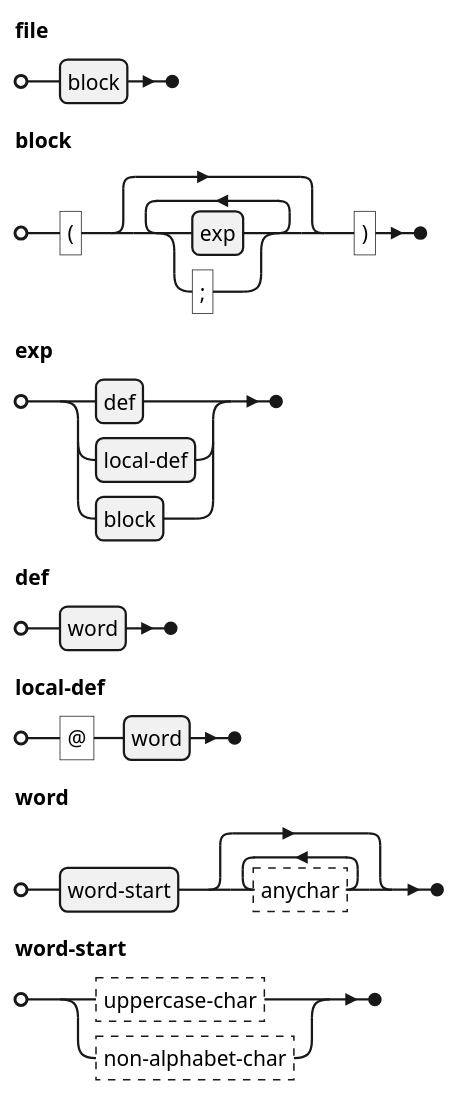
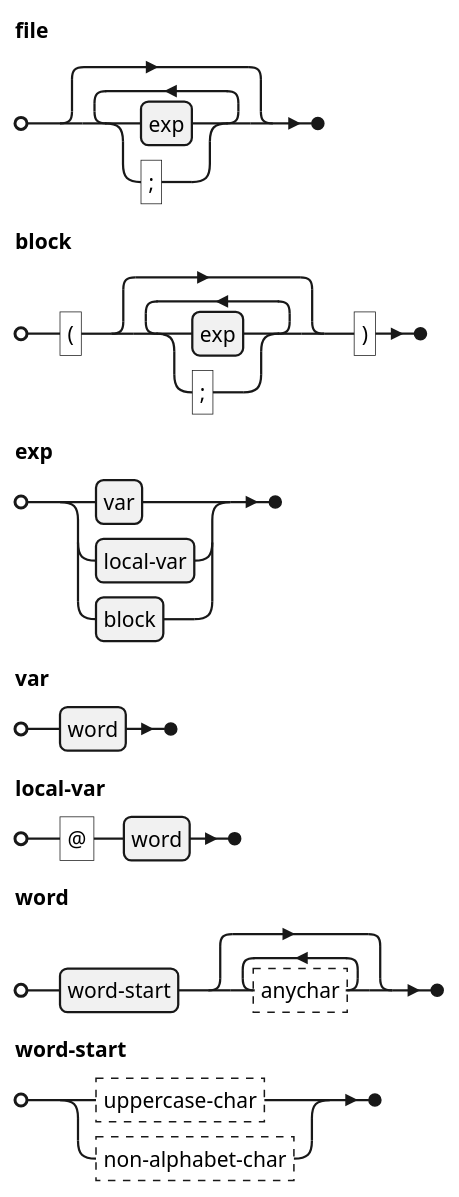
One commit to Redstoyn33/YappingLang changed the diagram in grammar.puml. Above: the diagram before and after it, drawn with PlantUML.

Commit message:
correct grammar

```diff
--- a/grammar.puml
+++ b/grammar.puml
@@ -1,16 +1,16 @@
 @startebnf
 
-file = block;
+file = {exp | ";"};
 
 block = "(" , {exp | ";"} , ")";
 
-exp = def | local-def | block;
+exp = var | local-var | block;
 
-def = word;
-local-def = "@" , word;
+var = word;
+local-var = "@" , word;
 
 word = word-start , {?anychar?};
 
 word-start = ?uppercase-char? | ?non-alphabet-char?;
 
 @endebnf
```
